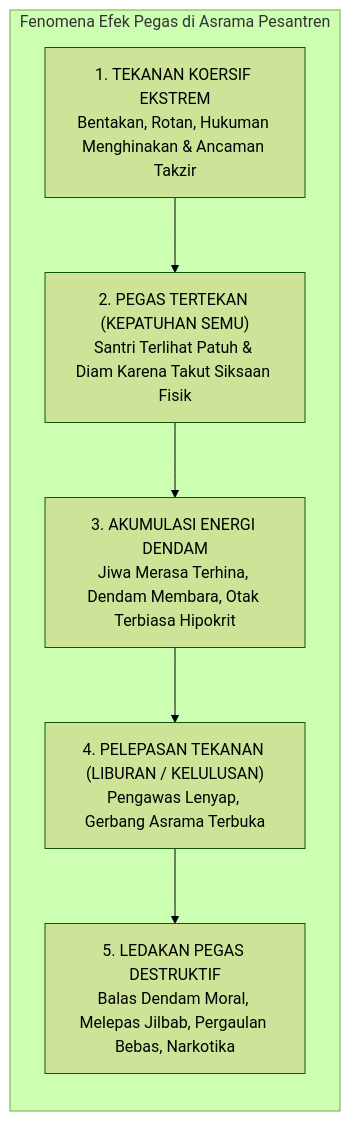
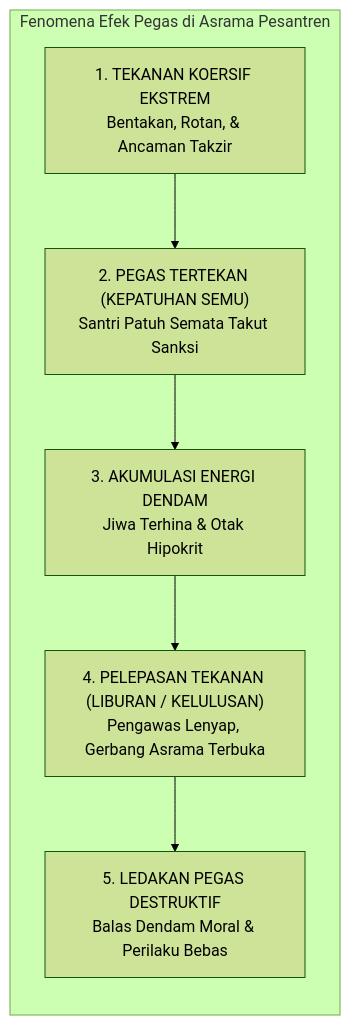
One commit to wandiapriliyandi/tumbuh changed the first of 5 diagrams in BOOK Series 1/01-The-Fundamental-of-TUMBUH/Bab-07-Teori-Perubahan-Perilaku-Berkelanjutan.md. Above: the diagram before and after it, drawn with Mermaid (forest theme). The commit also changed other lines of this file and 37 other files, not shown here.

Commit message:
fix(book-01): optimasi pemenggalan teks dan overflow seluruh diagram serta render ulang 20 PDF

````diff
--- a/BOOK Series 1/01-The-Fundamental-of-TUMBUH/Bab-07-Teori-Perubahan-Perilaku-Berkelanjutan.md
+++ b/BOOK Series 1/01-The-Fundamental-of-TUMBUH/Bab-07-Teori-Perubahan-Perilaku-Berkelanjutan.md
@@ -35,10 +35,10 @@
 ```mermaid
 graph TD
     subgraph EFEK_PEGAS_DISIPLIN["Fenomena Efek Pegas di Asrama Pesantren"]
         direction TB
-        A["1. TEKANAN KOERSIF EKSTREM<br/>Bentakan, Rotan, Hukuman Menghinakan & Ancaman Takzir"] --> B["2. PEGAS TERTEKAN (KEPATUHAN SEMU)<br/>Santri Terlihat Patuh & Diam Karena Takut Siksaan Fisik"]
-        B --> C["3. AKUMULASI ENERGI DENDAM<br/>Jiwa Merasa Terhina, Dendam Membara, Otak Terbiasa Hipokrit"]
+        A["1. TEKANAN KOERSIF EKSTREM<br/>Bentakan, Rotan, & Ancaman Takzir"] --> B["2. PEGAS TERTEKAN (KEPATUHAN SEMU)<br/>Santri Patuh Semata Takut Sanksi"]
+        B --> C["3. AKUMULASI ENERGI DENDAM<br/>Jiwa Terhina & Otak Hipokrit"]
         C --> D["4. PELEPASAN TEKANAN (LIBURAN / KELULUSAN)<br/>Pengawas Lenyap, Gerbang Asrama Terbuka"]
-        D --> E["5. LEDAKAN PEGAS DESTRUKTIF<br/>Balas Dendam Moral, Melepas Jilbab, Pergaulan Bebas, Narkotika"]
+        D --> E["5. LEDAKAN PEGAS DESTRUKTIF<br/>Balas Dendam Moral & Perilaku Bebas"]
     end
 ```
````
